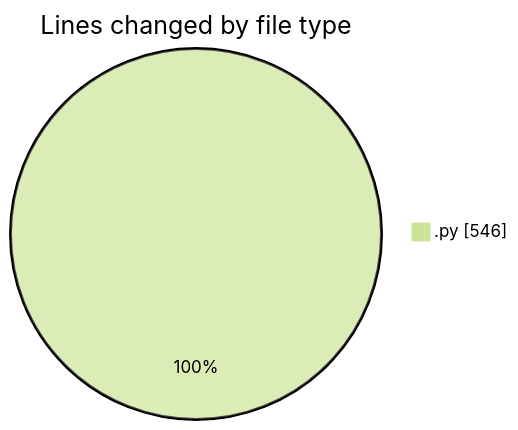
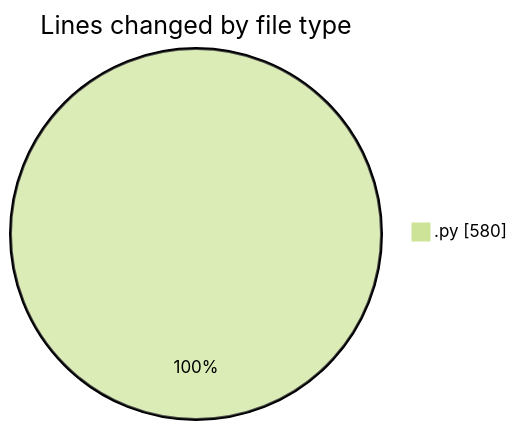
Before and after one commit to julien-gomy/code-tracking: the first of 2 diagrams in 2025-11-08/eventscop-api-guide__workspace_/README.md, drawn with Mermaid (forest theme). The commit also changed other lines of this file and 1 other file, not shown here.

````diff
--- a/2025-11-08/eventscop-api-guide__workspace_/README.md
+++ b/2025-11-08/eventscop-api-guide__workspace_/README.md
@@ -20,5 +21,5 @@
 ```mermaid
 pie showData
 title Lines changed by file type
-".py" : 546
+".py" : 580
 ```
````
